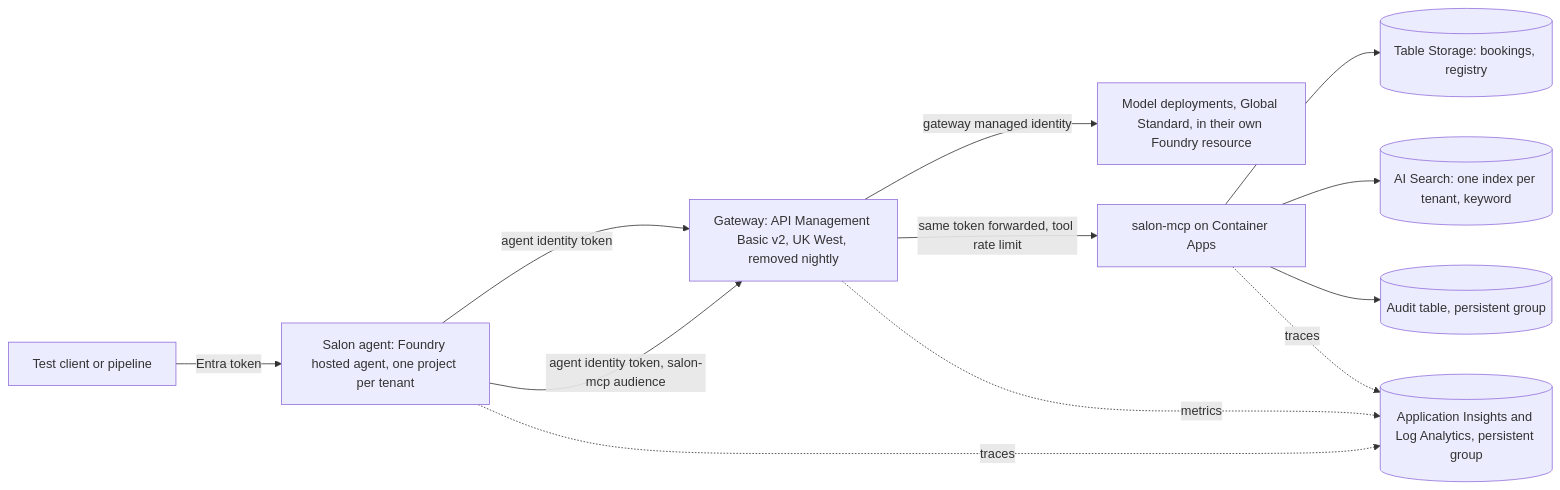
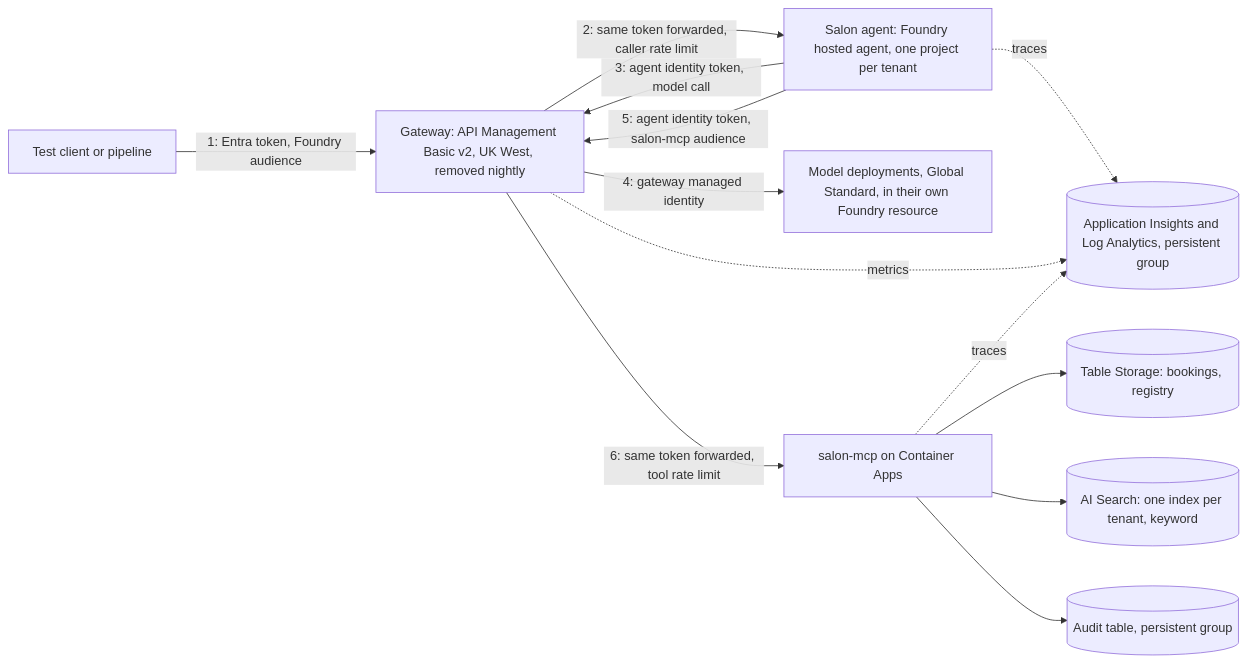
One commit to ranaidrees/MultiTenantAgentFactory changed the second of 7 diagrams in docs/spec-phase-0-1.md. Above: the diagram before and after it, drawn with Mermaid. The commit also changed other lines of this file, not shown here.

````diff
--- a/docs/spec-phase-0-1.md
+++ b/docs/spec-phase-0-1.md
@@ -212,14 +219,15 @@
 ```mermaid
 flowchart LR
-  caller[Test client or pipeline] -->|Entra token| agent[Salon agent: Foundry hosted agent, one project per tenant]
-  agent -->|agent identity token| gw[Gateway: API Management Basic v2, UK West, removed nightly]
-  gw -->|gateway managed identity| models[Model deployments, Global Standard, in their own Foundry resource]
-  agent -->|agent identity token, salon-mcp audience| gw
-  gw -->|same token forwarded, tool rate limit| mcp[salon-mcp on Container Apps]
+  caller[Test client or pipeline] -->|"1: Entra token, Foundry audience"| gw[Gateway: API Management Basic v2, UK West, removed nightly]
+  gw -->|"2: same token forwarded, caller rate limit"| agent[Salon agent: Foundry hosted agent, one project per tenant]
+  agent -->|"3: agent identity token, model call"| gw
+  gw -->|"4: gateway managed identity"| models[Model deployments, Global Standard, in their own Foundry resource]
+  agent -->|"5: agent identity token, salon-mcp audience"| gw
+  gw -->|"6: same token forwarded, tool rate limit"| mcp[salon-mcp on Container Apps]
   mcp --> tables[(Table Storage: bookings, registry)]
   mcp --> search[(AI Search: one index per tenant, keyword)]
   mcp --> audit[(Audit table, persistent group)]
   agent -. traces .-> logs[(Application Insights and Log Analytics, persistent group)]
   gw -. metrics .-> logs
   mcp -. traces .-> logs
 ```
````
